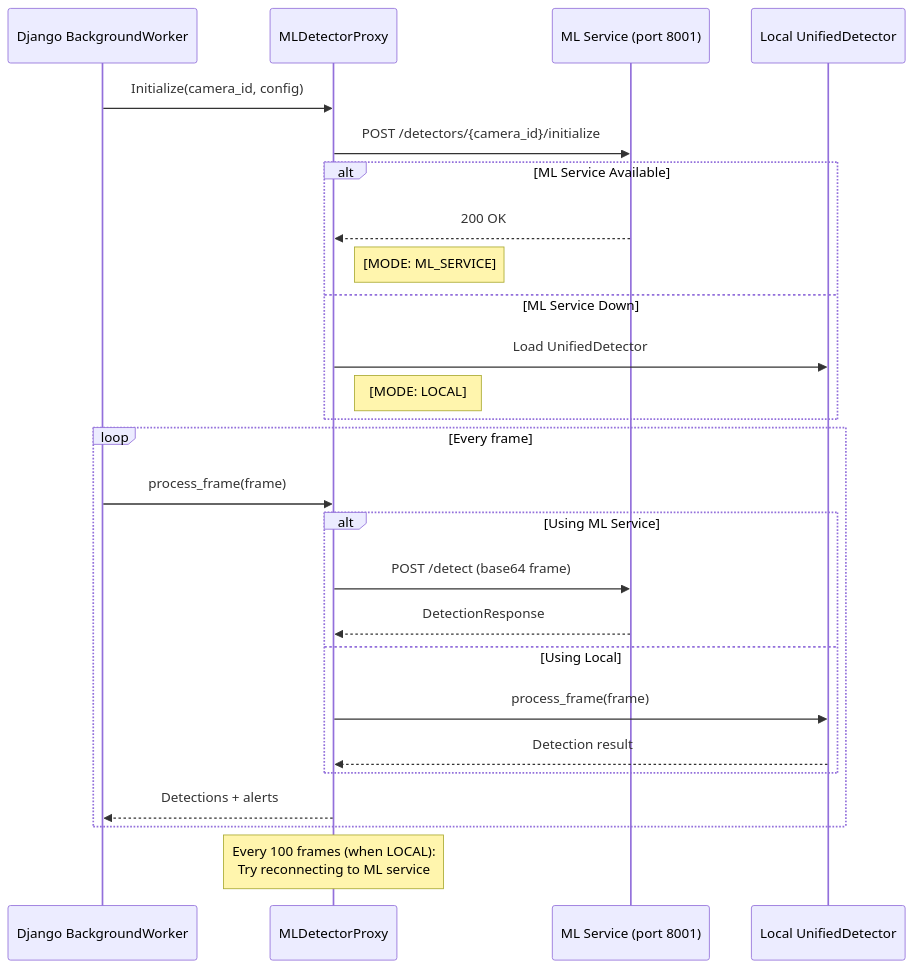
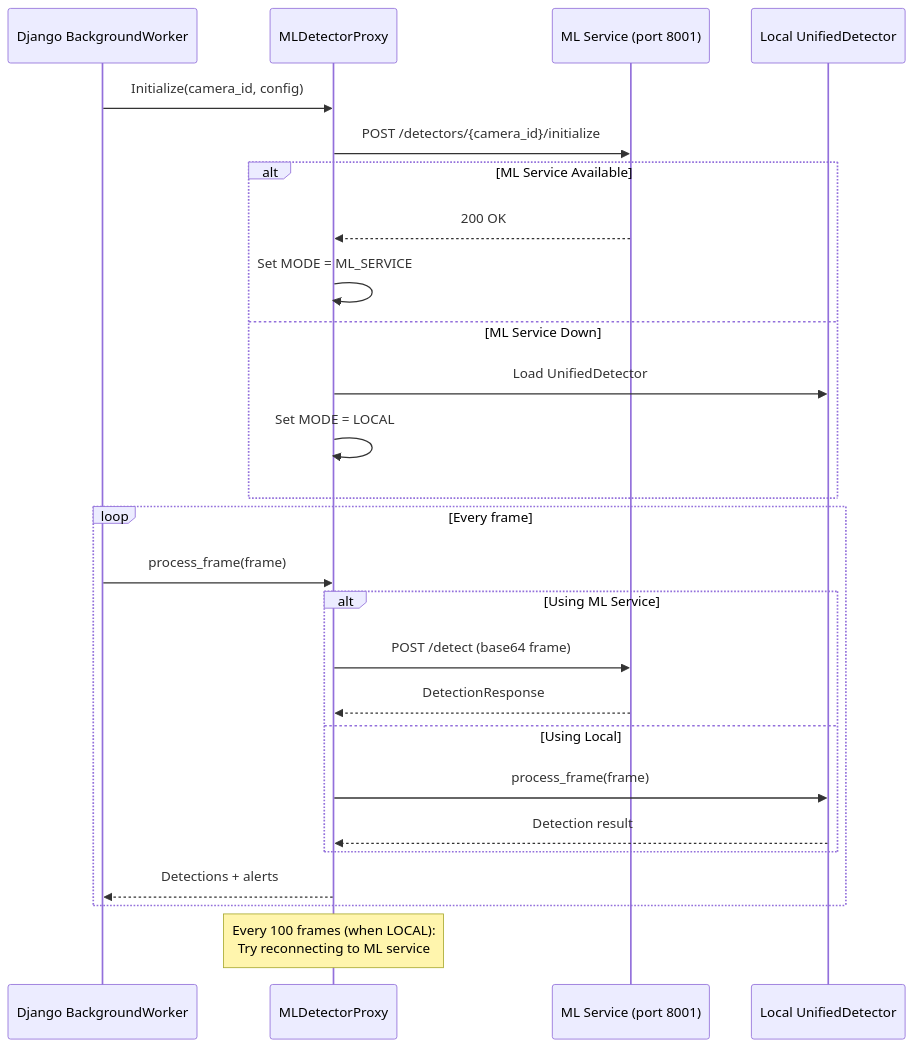
Before and after one commit to Loop-Dimension/Hotel-Cash-Detector: the second of 3 diagrams in docs/06-integrations.md, drawn with Mermaid.

````diff
--- a/docs/06-integrations.md
+++ b/docs/06-integrations.md
@@ -67,31 +67,31 @@
 ```mermaid
 sequenceDiagram
     participant Worker as Django BackgroundWorker
     participant Proxy as MLDetectorProxy
     participant ML as ML Service (port 8001)
     participant Local as Local UnifiedDetector
 
     Worker->>Proxy: Initialize(camera_id, config)
     Proxy->>ML: POST /detectors/{camera_id}/initialize
     alt ML Service Available
         ML-->>Proxy: 200 OK
-        Note right of Proxy: [MODE: ML_SERVICE]
+        Proxy->>Proxy: Set MODE = ML_SERVICE
     else ML Service Down
         Proxy->>Local: Load UnifiedDetector
-        Note right of Proxy: [MODE: LOCAL]
+        Proxy->>Proxy: Set MODE = LOCAL
     end
 
     loop Every frame
         Worker->>Proxy: process_frame(frame)
         alt Using ML Service
             Proxy->>ML: POST /detect (base64 frame)
             ML-->>Proxy: DetectionResponse
         else Using Local
             Proxy->>Local: process_frame(frame)
             Local-->>Proxy: Detection result
         end
         Proxy-->>Worker: Detections + alerts
     end
 
     Note over Proxy: Every 100 frames (when LOCAL):<br/>Try reconnecting to ML service
 ```
````
